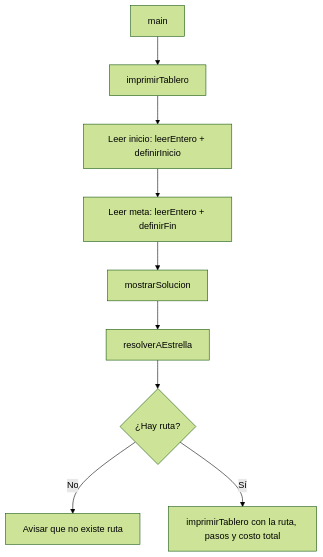
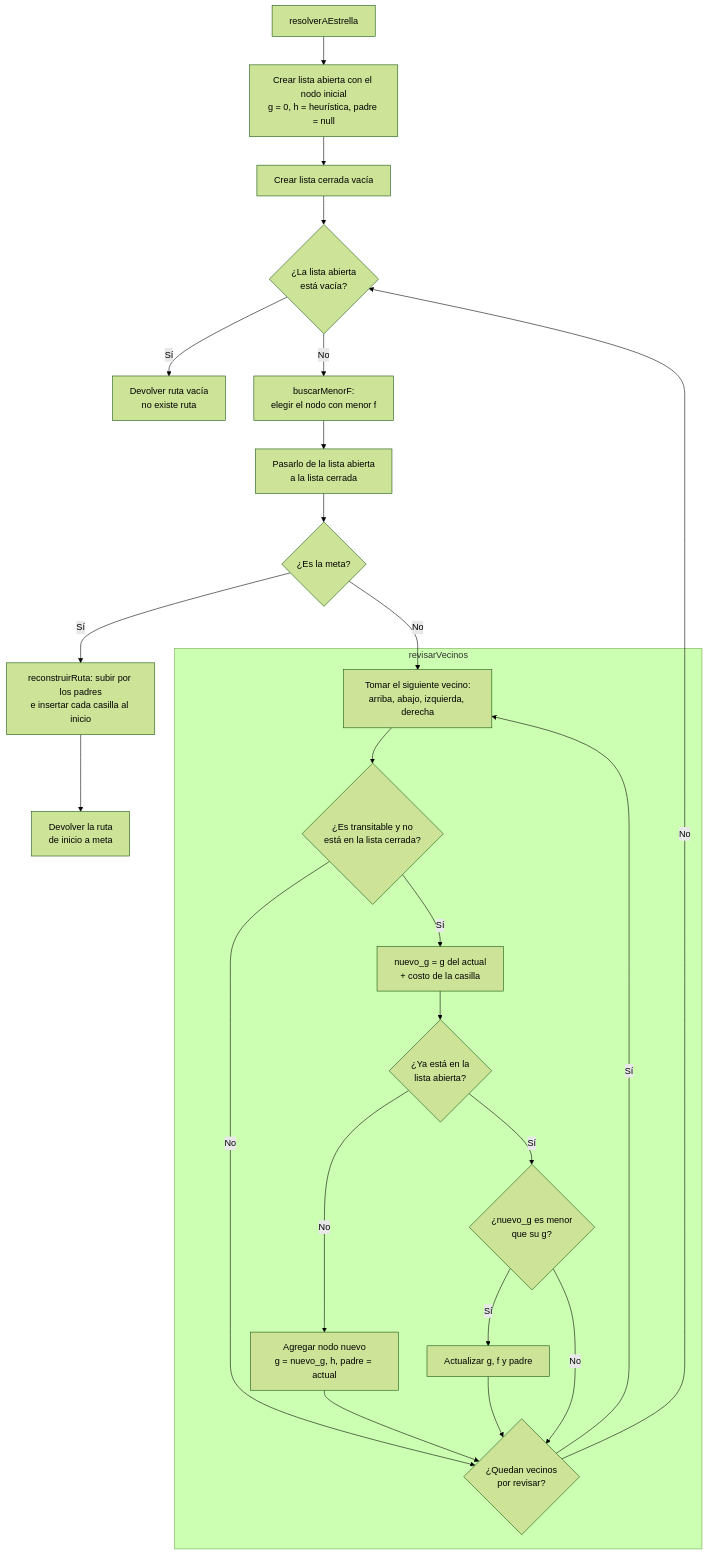
Before and after one commit to jesus24e/proyecto_A_estrella: the diagram in README.md, drawn with Mermaid (forest theme). The commit also changed other lines of this file, not shown here.

Commit message:
README update

````diff
--- a/README.md
+++ b/README.md
@@ -100,11 +97,29 @@
 ```mermaid
 flowchart TD
-    A["main"] --> B["imprimirTablero"]
-    B --> C["Leer inicio: leerEntero + definirInicio"]
-    C --> D["Leer meta: leerEntero + definirFin"]
-    D --> E["mostrarSolucion"]
-    E --> F["resolverAEstrella"]
-    F --> G{"¿Hay ruta?"}
-    G -- No --> H["Avisar que no existe ruta"]
-    G -- Sí --> I["imprimirTablero con la ruta, pasos y costo total"]
+    A["resolverAEstrella"] --> B["Crear lista abierta con el nodo inicial<br/>g = 0, h = heurística, padre = null"]
+    B --> C["Crear lista cerrada vacía"]
+    C --> D{"¿La lista abierta<br/>está vacía?"}
+    D -- Sí --> E["Devolver ruta vacía<br/>no existe ruta"]
+    D -- No --> F["buscarMenorF:<br/>elegir el nodo con menor f"]
+    F --> G["Pasarlo de la lista abierta<br/>a la lista cerrada"]
+    G --> H{"¿Es la meta?"}
+    H -- Sí --> I["reconstruirRuta: subir por los padres<br/>e insertar cada casilla al inicio"]
+    I --> J["Devolver la ruta<br/>de inicio a meta"]
+    H -- No --> K
+
+    subgraph V["revisarVecinos"]
+        K["Tomar el siguiente vecino:<br/>arriba, abajo, izquierda, derecha"] --> L{"¿Es transitable y no<br/>está en la lista cerrada?"}
+        L -- No --> P{"¿Quedan vecinos<br/>por revisar?"}
+        L -- Sí --> M["nuevo_g = g del actual<br/>+ costo de la casilla"]
+        M --> N{"¿Ya está en la<br/>lista abierta?"}
+        N -- No --> O["Agregar nodo nuevo<br/>g = nuevo_g, h, padre = actual"]
+        N -- Sí --> Q{"¿nuevo_g es menor<br/>que su g?"}
+        Q -- Sí --> R["Actualizar g, f y padre"]
+        Q -- No --> P
+        O --> P
+        R --> P
+    end
+
+    P -- Sí --> K
+    P -- No --> D
 ```
````
